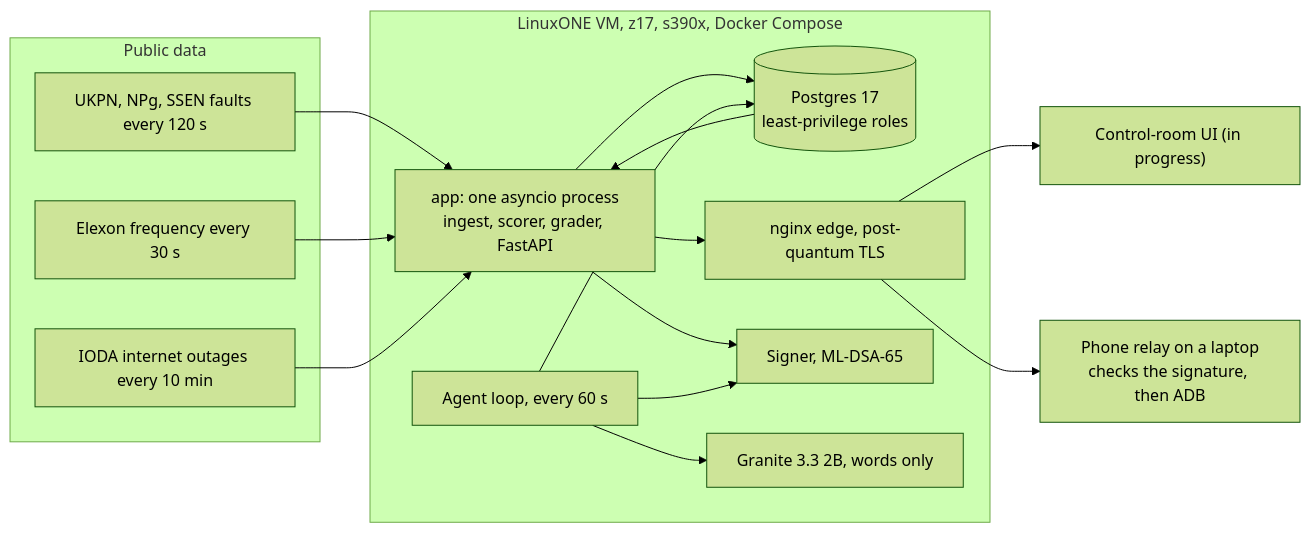
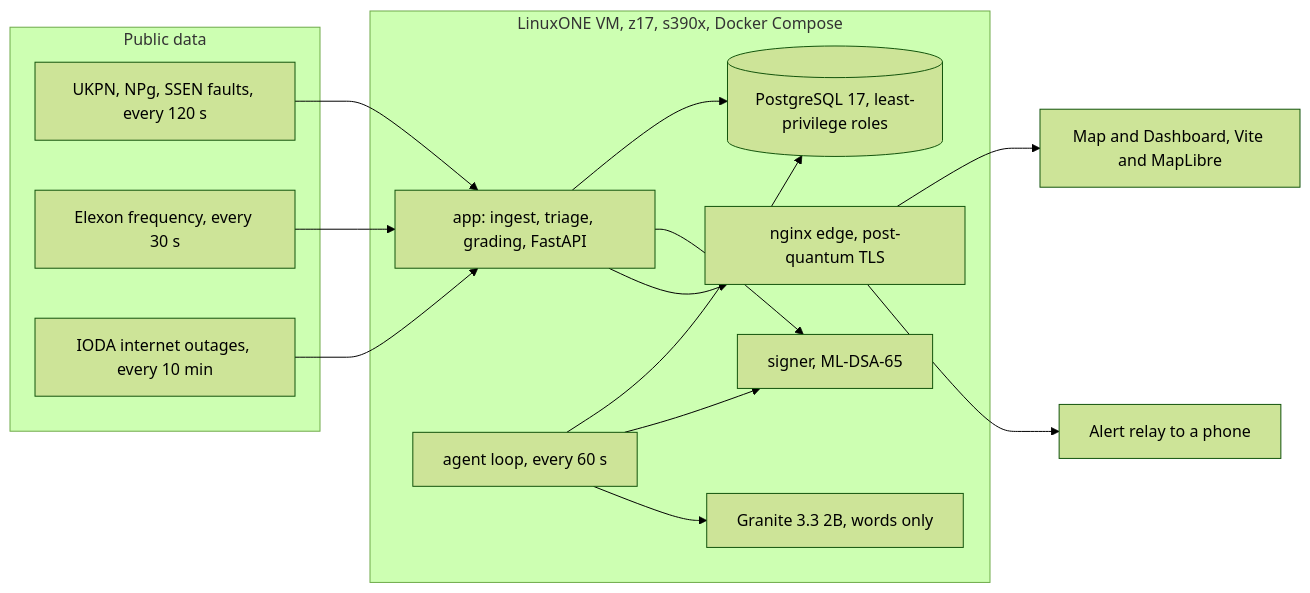
One commit to saliha006/BlackNaught changed the first of 2 diagrams in README.md. Above: the diagram before and after it, drawn with Mermaid (forest theme). The commit also changed other lines of this file and 1 other file, not shown here.

````diff
--- a/README.md
+++ b/README.md
@@ -72,30 +39,29 @@
 ```mermaid
 flowchart LR
     subgraph Feeds["Public data"]
-        F1["UKPN, NPg, SSEN faults every 120 s"]
-        F2["Elexon frequency every 30 s"]
-        F3["IODA internet outages every 10 min"]
+        F1["UKPN, NPg, SSEN faults, every 120 s"]
+        F2["Elexon frequency, every 30 s"]
+        F3["IODA internet outages, every 10 min"]
     end
     subgraph VM["LinuxONE VM, z17, s390x, Docker Compose"]
-        APP["app: one asyncio process<br/>ingest, scorer, grader, FastAPI"]
-        DB[("Postgres 17<br/>least-privilege roles")]
+        APP["app: ingest, triage, grading, FastAPI"]
+        DB[("PostgreSQL 17, least-privilege roles")]
+        AGENT["agent loop, every 60 s"]
+        SIGN["signer, ML-DSA-65"]
+        GRAN["Granite 3.3 2B, words only"]
         EDGE["nginx edge, post-quantum TLS"]
-        SIGN["Signer, ML-DSA-65"]
-        AGENT["Agent loop, every 60 s"]
-        GRAN["Granite 3.3 2B, words only"]
     end
-    UI["Control-room UI (in progress)"]
-    PHONE["Phone relay on a laptop<br/>checks the signature, then ADB"]
+    UI["Map and Dashboard, Vite and MapLibre"]
+    PHONE["Alert relay to a phone"]
     F1 --> APP
     F2 --> APP
     F3 --> APP
     APP --> DB
-    DB --> APP
     AGENT --> DB
     APP --> SIGN
     AGENT --> SIGN
     AGENT --> GRAN
     APP --> EDGE
     EDGE --> UI
     EDGE --> PHONE
 ```
````
